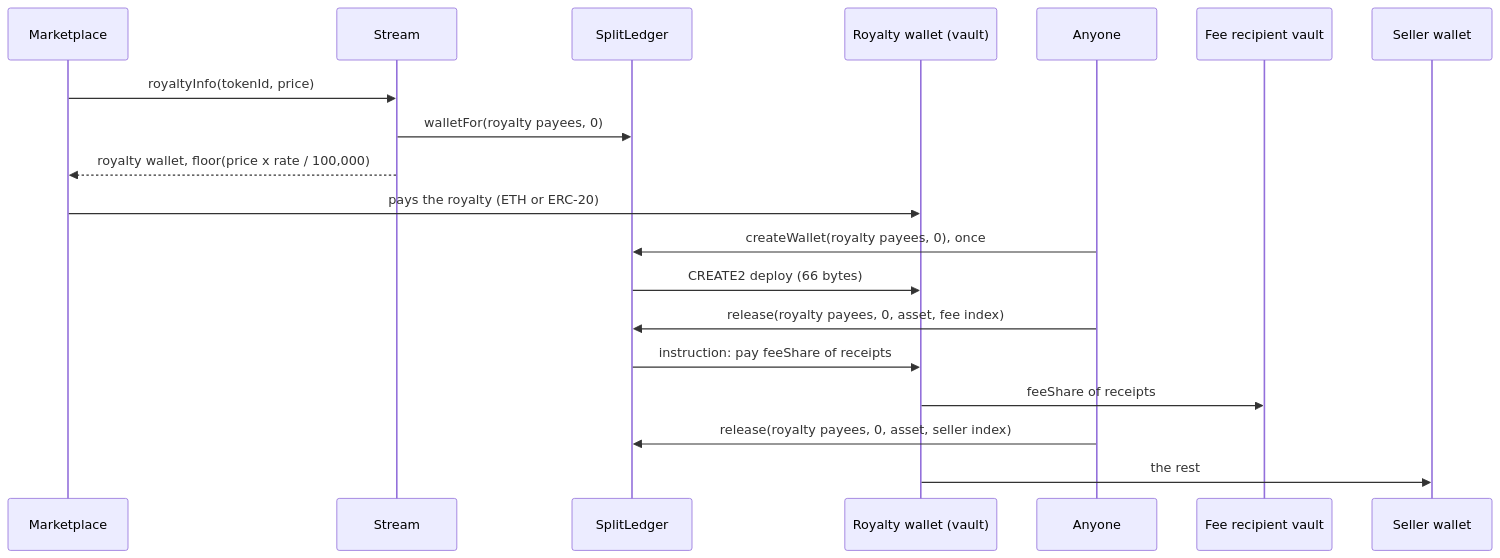
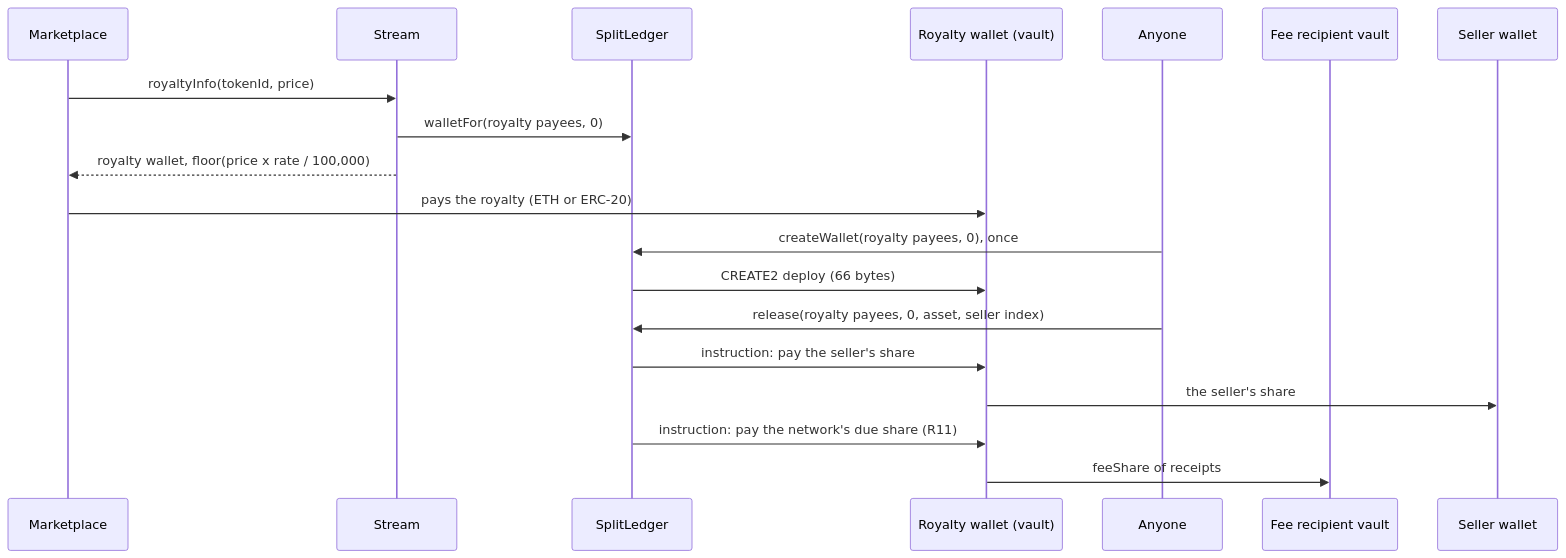
One commit to 6529-Collections/6529-works changed the fifth of 8 diagrams in docs/spec/economics-and-payouts.md. Above: the diagram before and after it, drawn with Mermaid. The commit also changed other lines of this file and 352 other files, not shown here.

````diff
--- a/docs/spec/economics-and-payouts.md
+++ b/docs/spec/economics-and-payouts.md
@@ -429,21 +462,21 @@
 ```mermaid
 sequenceDiagram
     participant Market as Marketplace
     participant Stream as Stream
     participant Ledger as SplitLedger
     participant Royalty as Royalty wallet (vault)
     participant Anyone as Anyone
     participant Fee as Fee recipient vault
     participant Seller as Seller wallet
     Market->>Stream: royaltyInfo(tokenId, price)
     Stream->>Ledger: walletFor(royalty payees, 0)
     Stream-->>Market: royalty wallet, floor(price x rate / 100,000)
     Market->>Royalty: pays the royalty (ETH or ERC-20)
     Anyone->>Ledger: createWallet(royalty payees, 0), once
     Ledger->>Royalty: CREATE2 deploy (66 bytes)
-    Anyone->>Ledger: release(royalty payees, 0, asset, fee index)
-    Ledger->>Royalty: instruction: pay feeShare of receipts
+    Anyone->>Ledger: release(royalty payees, 0, asset, seller index)
+    Ledger->>Royalty: instruction: pay the seller's share
+    Royalty->>Seller: the seller's share
+    Ledger->>Royalty: instruction: pay the network's due share (R11)
     Royalty->>Fee: feeShare of receipts
-    Anyone->>Ledger: release(royalty payees, 0, asset, seller index)
-    Royalty->>Seller: the rest
 ```
````
